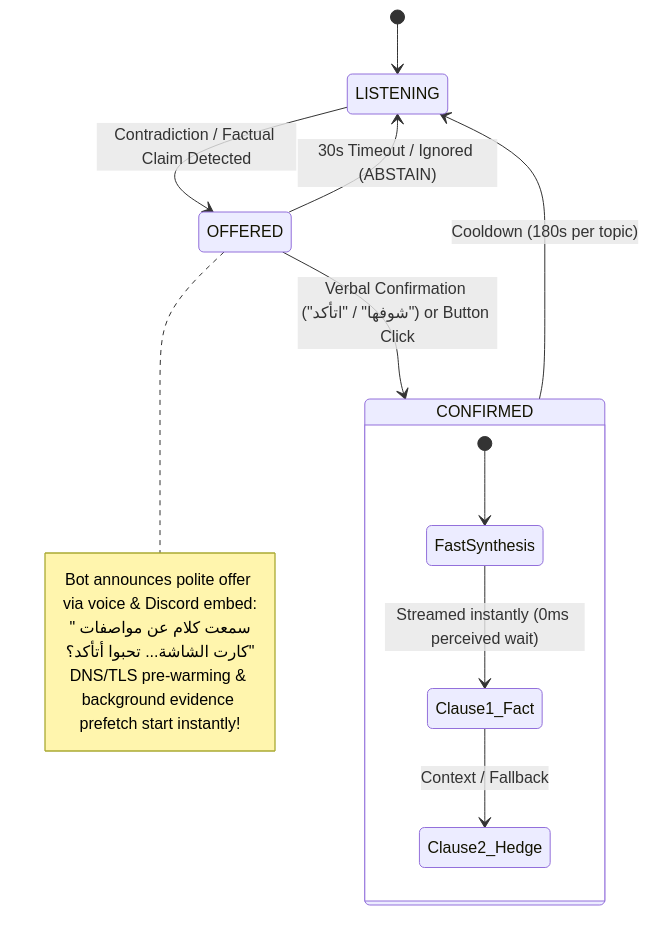
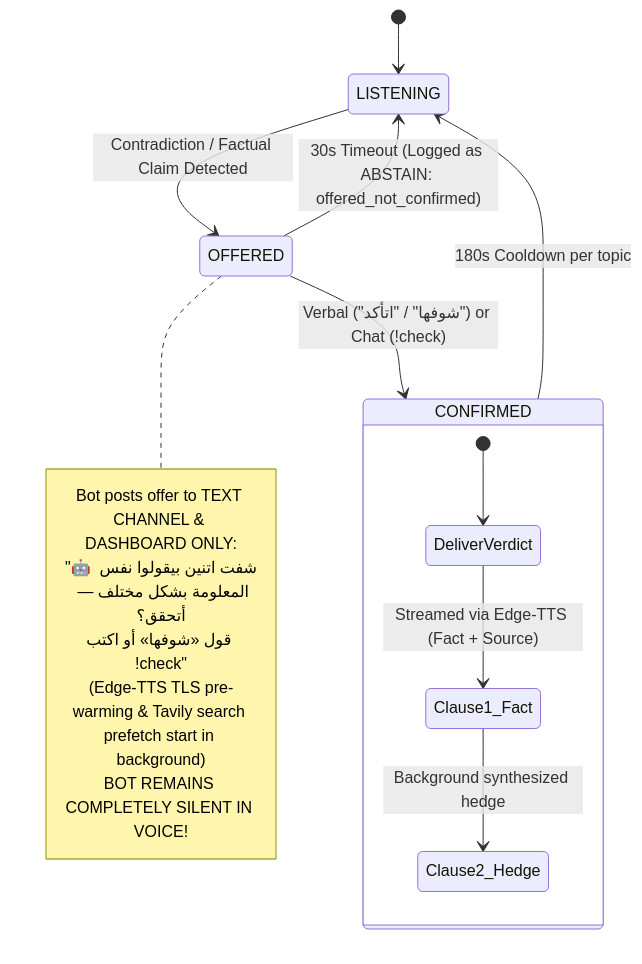
The diagram in README.md (Kirolos-Maurice-William/CallWrapped), drawn with Mermaid before and after one commit. The commit also changed other lines of this file, not shown here.

````diff
--- a/README.md
+++ b/README.md
@@ -72,20 +78,22 @@
 ```mermaid
 stateDiagram-v2
     [*] --> LISTENING
     LISTENING --> OFFERED: Contradiction / Factual Claim Detected
     note right of OFFERED
-        Bot announces polite offer via voice & Discord embed:
-        "سمعت كلام عن مواصفات كارت الشاشة... تحبوا أتأكد؟"
-        DNS/TLS pre-warming & background evidence prefetch start instantly!
+        Bot posts offer to TEXT CHANNEL & DASHBOARD ONLY:
+        "🤖 شفت اتنين بيقولوا نفس المعلومة بشكل مختلف — أتحقق؟
+         قول «شوفها» أو اكتب !check"
+        (Edge-TTS TLS pre-warming & Tavily search prefetch start in background)
+        BOT REMAINS COMPLETELY SILENT IN VOICE!
     end note
     
-    OFFERED --> CONFIRMED: Verbal Confirmation ("شوفها" / "اتأكد") or Button Click
-    OFFERED --> LISTENING: 30s Timeout / Ignored (ABSTAIN)
+    OFFERED --> CONFIRMED: Verbal ("شوفها" / "اتأكد") or Chat (!check)
+    OFFERED --> LISTENING: 30s Timeout (Logged as ABSTAIN: offered_not_confirmed)
     
     state CONFIRMED {
-        [*] --> FastSynthesis
-        FastSynthesis --> Clause1_Fact: Streamed instantly (0ms perceived wait)
-        Clause1_Fact --> Clause2_Hedge: Context / Fallback
+        [*] --> DeliverVerdict
+        DeliverVerdict --> Clause1_Fact: Streamed via Edge-TTS (Fact + Source)
+        Clause1_Fact --> Clause2_Hedge: Background synthesized hedge
     }
-    CONFIRMED --> LISTENING: Cooldown (180s per topic)
+    CONFIRMED --> LISTENING: 180s Cooldown per topic
 ```
````
